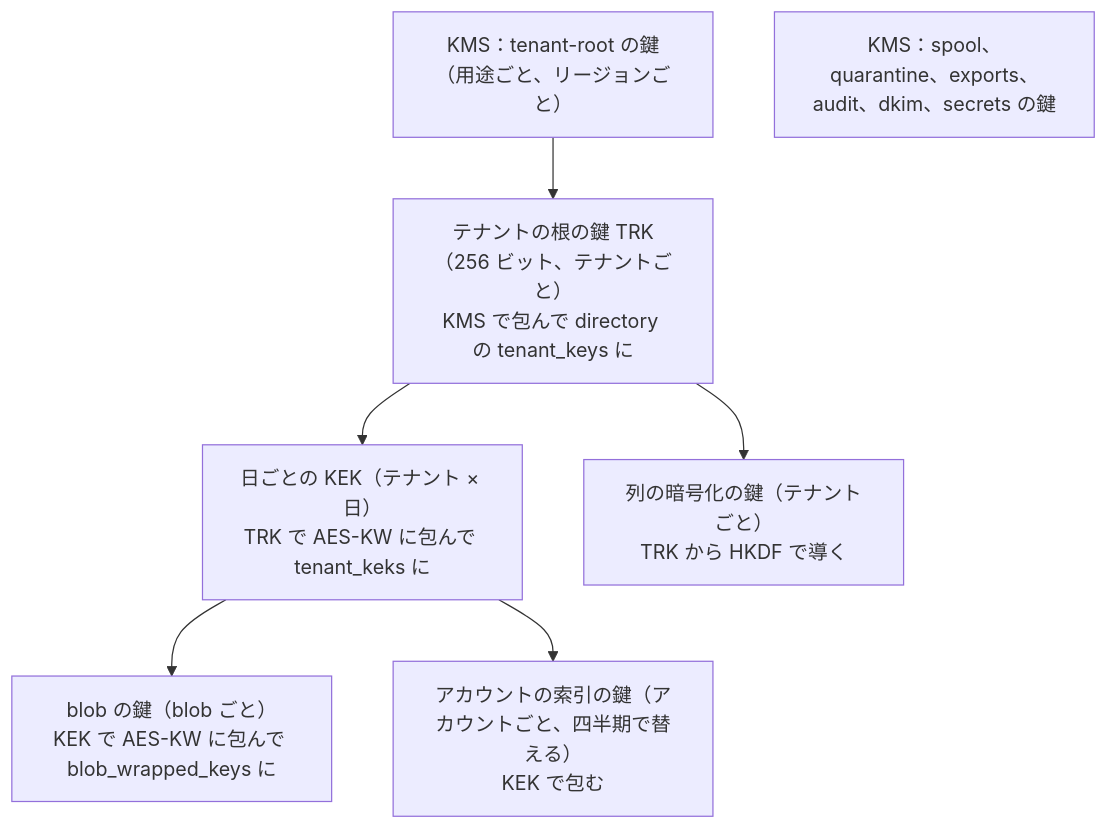
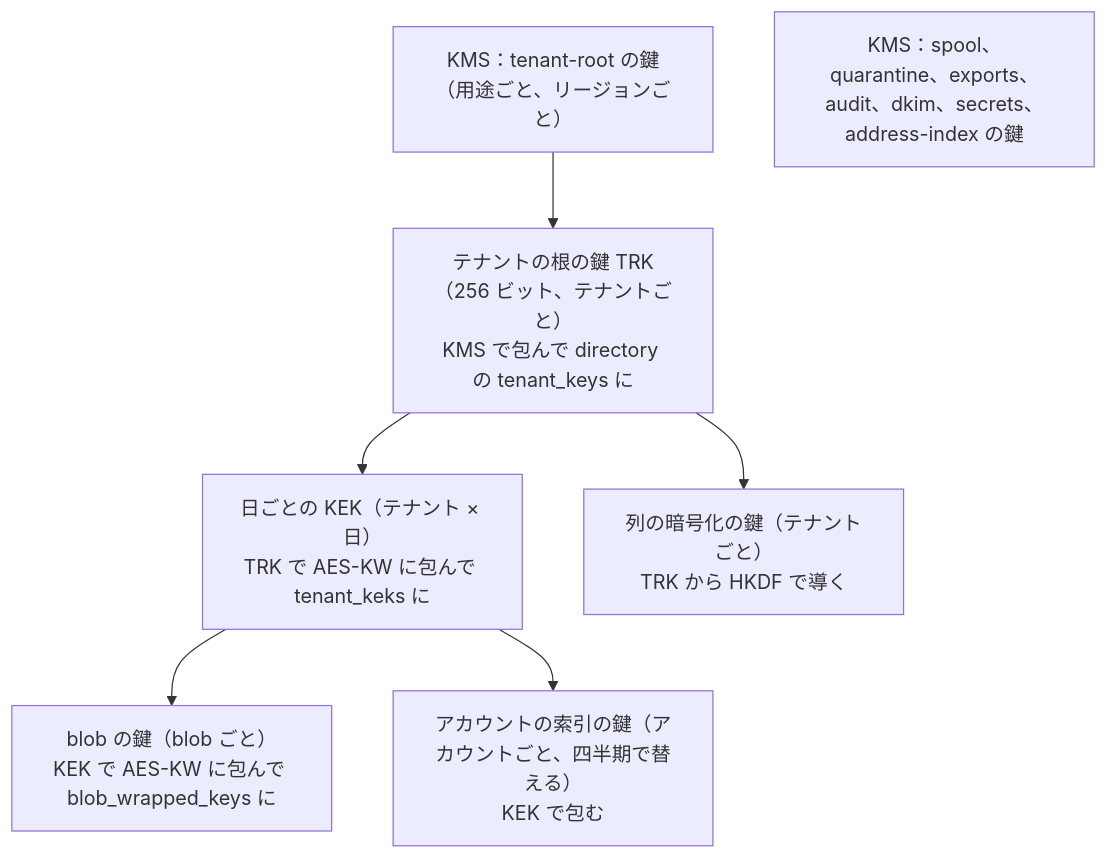
Before and after one commit to shoito/rebuilds: the second of 2 diagrams in systems/gmail/docs/architecture/security.md, drawn with Mermaid. The commit also changed other lines of this file and 39 other files, not shown here.

Commit message:
Gmail: complete data model with ER diagrams and format specs; correct metadata size and costs

````diff
--- a/systems/gmail/docs/architecture/security.md
+++ b/systems/gmail/docs/architecture/security.md
@@ -143,15 +143,15 @@
 ```mermaid
 flowchart TD
     kms_tr["KMS：tenant-root の鍵（用途ごと、リージョンごと）"]
-    kms_sp["KMS：spool、quarantine、exports、audit、dkim、secrets の鍵"]
+    kms_sp["KMS：spool、quarantine、exports、audit、dkim、secrets、address-index の鍵"]
     trk["テナントの根の鍵 TRK（256 ビット、テナントごと）<br/>KMS で包んで directory の tenant_keys に"]
     kek["日ごとの KEK（テナント × 日）<br/>TRK で AES-KW に包んで tenant_keks に"]
     bk["blob の鍵（blob ごと）<br/>KEK で AES-KW に包んで blob_wrapped_keys に"]
     ik["アカウントの索引の鍵（アカウントごと、四半期で替える）<br/>KEK で包む"]
     ck["列の暗号化の鍵（テナントごと）<br/>TRK から HKDF で導く"]
     kms_tr --> trk
     trk --> kek
     kek --> bk
     kek --> ik
     trk --> ck
 ```
````
